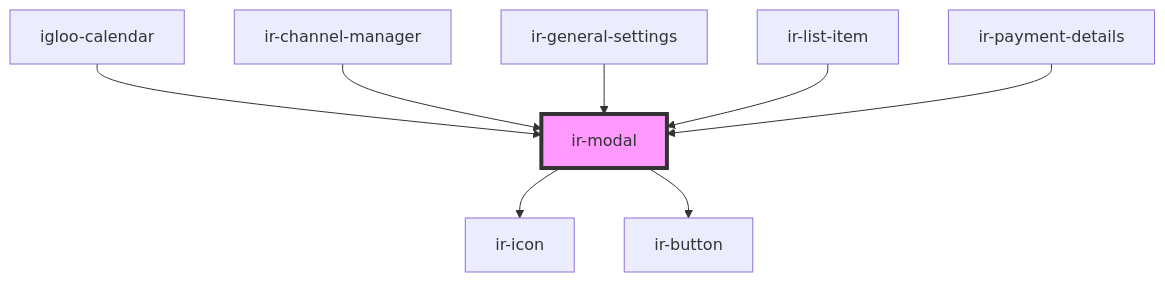
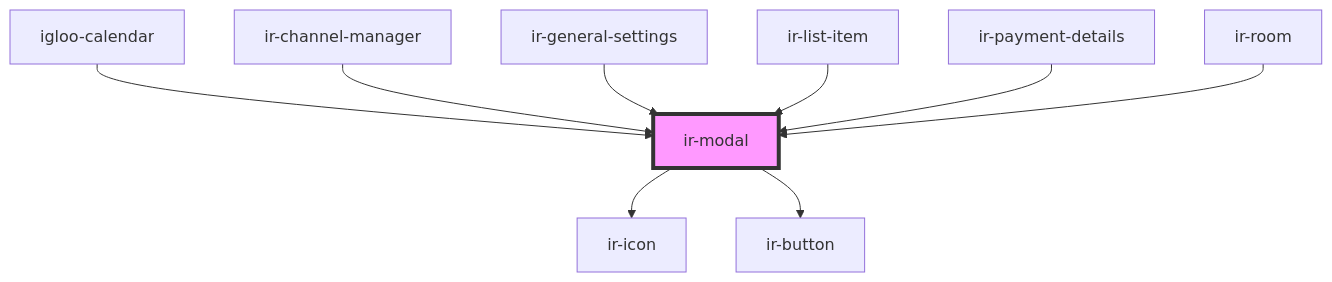
One commit to David1Chowaifaty/modified-ir-webcmp changed the diagram in src/components/ir-modal/readme.md. Above: the diagram before and after it, drawn with Mermaid. The commit also changed other lines of this file and 11 other files, not shown here.

````diff
--- a/src/components/ir-modal/readme.md
+++ b/src/components/ir-modal/readme.md
@@ -73,11 +74,12 @@
 ```mermaid
 graph TD;
   ir-modal --> ir-icon
   ir-modal --> ir-button
   igloo-calendar --> ir-modal
   ir-channel-manager --> ir-modal
   ir-general-settings --> ir-modal
   ir-list-item --> ir-modal
   ir-payment-details --> ir-modal
+  ir-room --> ir-modal
   style ir-modal fill:#f9f,stroke:#333,stroke-width:4px
 ```
````
